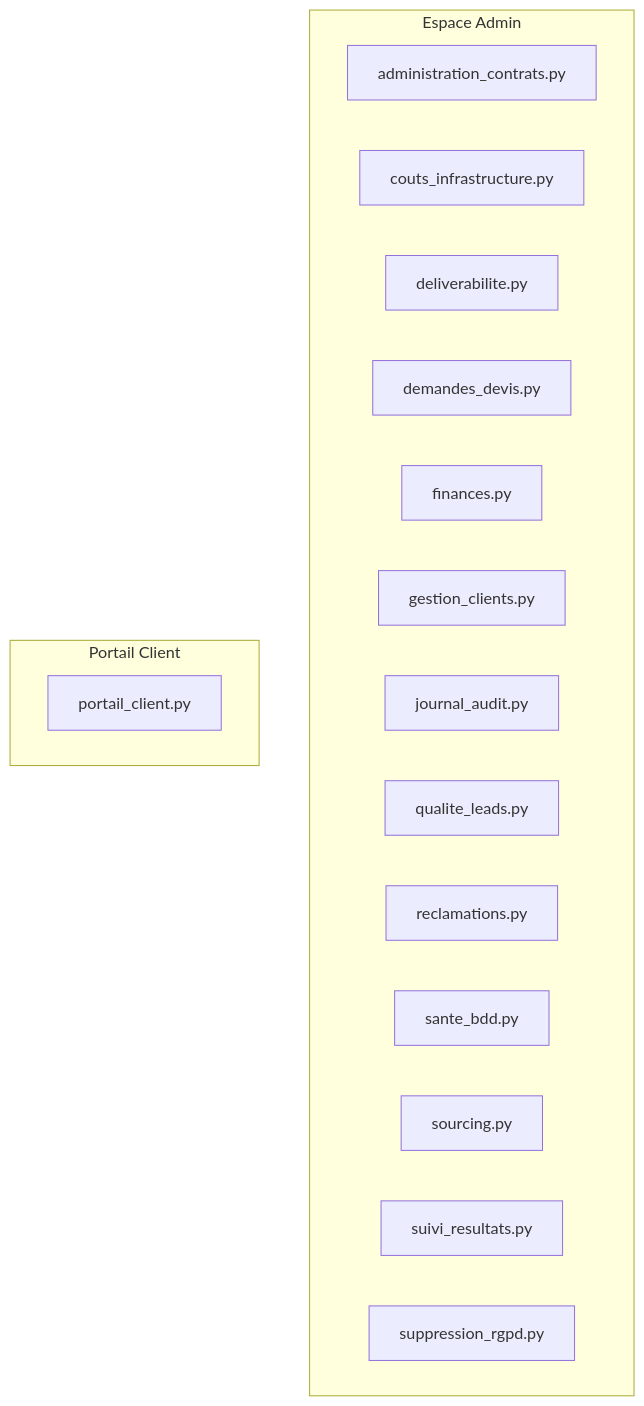
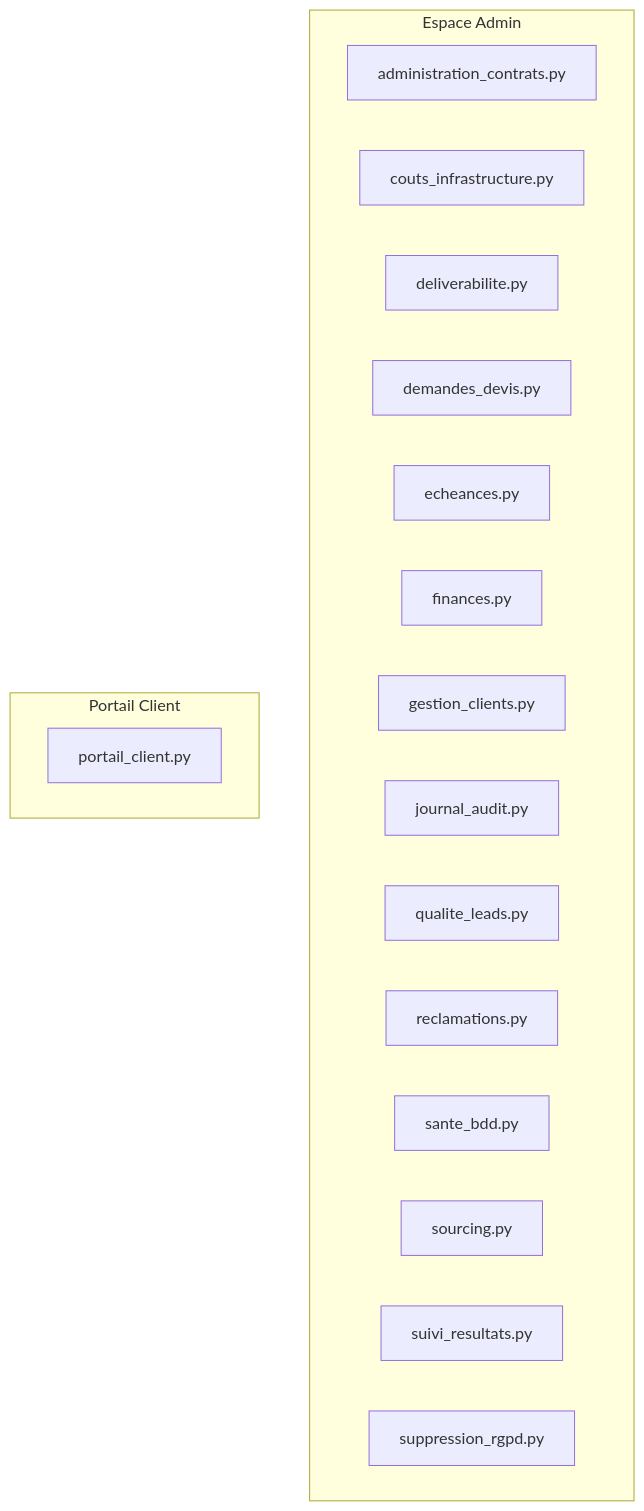
The third of 3 diagrams in docs/architecture_globale.md (contactmonagenceiapro-sudo/leads-creator), drawn with Mermaid before and after one commit. The commit also changed other lines of this file and 8 other files, not shown here.

````diff
--- a/docs/architecture_globale.md
+++ b/docs/architecture_globale.md
@@ -399,21 +412,22 @@
 ```mermaid
 flowchart TD
     subgraph ADMIN["Espace Admin"]
         administration_contrats_py["administration_contrats.py"]
         couts_infrastructure_py["couts_infrastructure.py"]
         deliverabilite_py["deliverabilite.py"]
         demandes_devis_py["demandes_devis.py"]
+        echeances_py["echeances.py"]
         finances_py["finances.py"]
         gestion_clients_py["gestion_clients.py"]
         journal_audit_py["journal_audit.py"]
         qualite_leads_py["qualite_leads.py"]
         reclamations_py["reclamations.py"]
         sante_bdd_py["sante_bdd.py"]
         sourcing_py["sourcing.py"]
         suivi_resultats_py["suivi_resultats.py"]
         suppression_rgpd_py["suppression_rgpd.py"]
     end
     subgraph CLIENT["Portail Client"]
         portail_client_py["portail_client.py"]
     end
 ```
````
